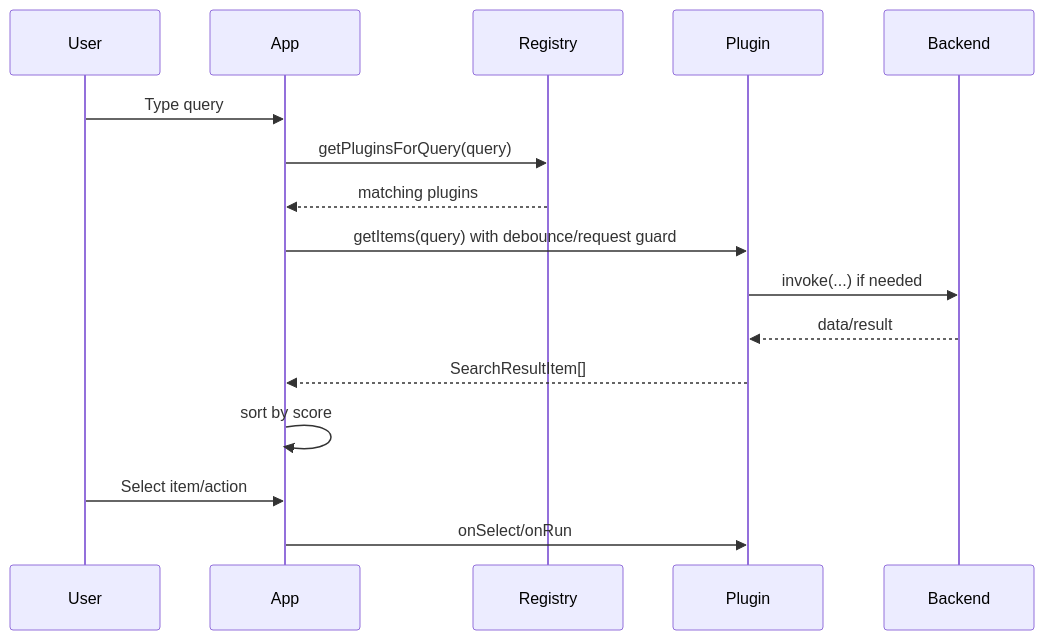
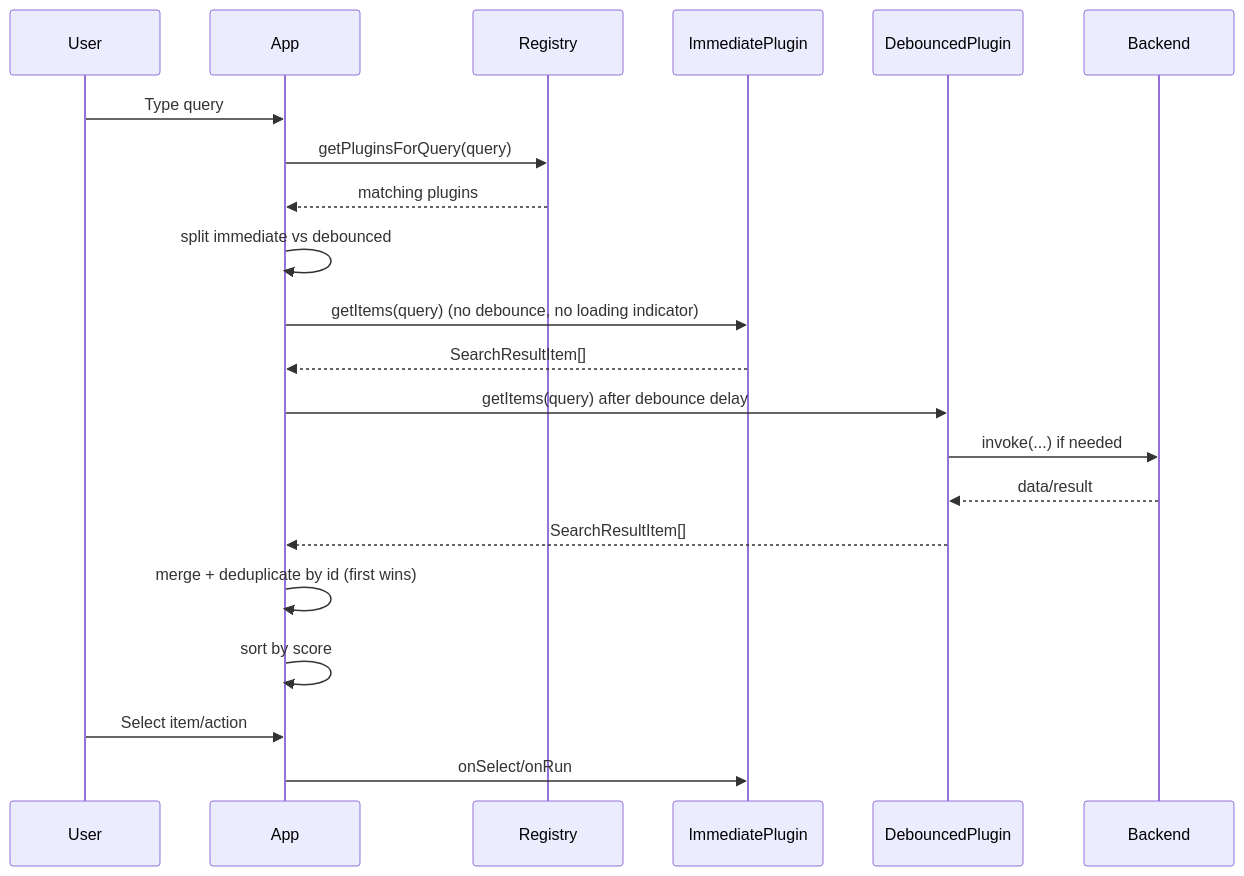
Before and after one commit to RickyDane/gquick: the first of 6 diagrams in arch/data/flows.md, drawn with Mermaid. The commit also changed 16 other files, not shown here.

````diff
--- a/arch/data/flows.md
+++ b/arch/data/flows.md
@@ -5,19 +5,24 @@
 ```mermaid
 sequenceDiagram
   participant User
   participant App
   participant Registry
-  participant Plugin
+  participant ImmediatePlugin
+  participant DebouncedPlugin
   participant Backend
 
   User->>App: Type query
   App->>Registry: getPluginsForQuery(query)
   Registry-->>App: matching plugins
-  App->>Plugin: getItems(query) with debounce/request guard
-  Plugin->>Backend: invoke(...) if needed
-  Backend-->>Plugin: data/result
-  Plugin-->>App: SearchResultItem[]
+  App->>App: split immediate vs debounced
+  App->>ImmediatePlugin: getItems(query) (no debounce, no loading indicator)
+  ImmediatePlugin-->>App: SearchResultItem[]
+  App->>DebouncedPlugin: getItems(query) after debounce delay
+  DebouncedPlugin->>Backend: invoke(...) if needed
+  Backend-->>DebouncedPlugin: data/result
+  DebouncedPlugin-->>App: SearchResultItem[]
+  App->>App: merge + deduplicate by id (first wins)
   App->>App: sort by score
   User->>App: Select item/action
-  App->>Plugin: onSelect/onRun
+  App->>ImmediatePlugin: onSelect/onRun
 ```
````
